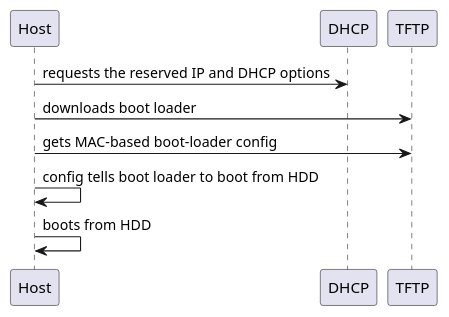
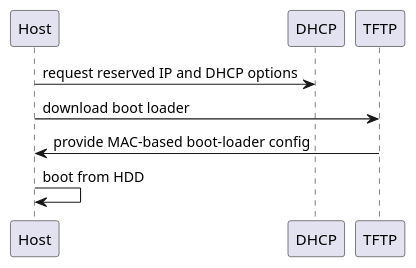
One commit to theforeman/foreman-documentation changed the diagram in guides/image-sources/prov-first-local-boot-pxe.iuml. Above: the diagram before and after it, drawn with PlantUML. The commit also changed 4 other files, not shown here.

```diff
--- a/guides/image-sources/prov-first-local-boot-pxe.iuml
+++ b/guides/image-sources/prov-first-local-boot-pxe.iuml
@@ -1,5 +1,4 @@
-Host -> DHCP : requests the reserved IP and DHCP options
-Host -> TFTP : downloads boot loader
-Host -> TFTP : gets MAC-based boot-loader config
-Host -> Host : config tells boot loader to boot from HDD
-Host -> Host : boots from HDD
+Host -> DHCP : request reserved IP and DHCP options
+Host -> TFTP : download boot loader
+TFTP -> Host : provide MAC-based boot-loader config
+Host -> Host : boot from HDD
```
